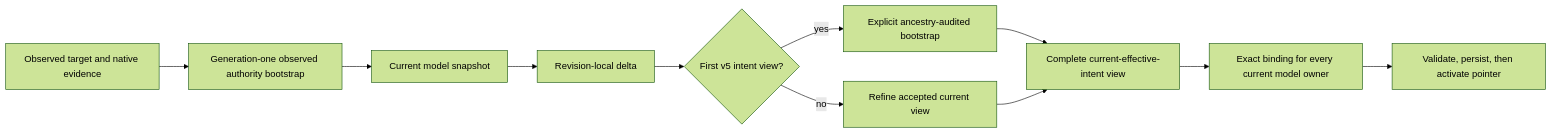
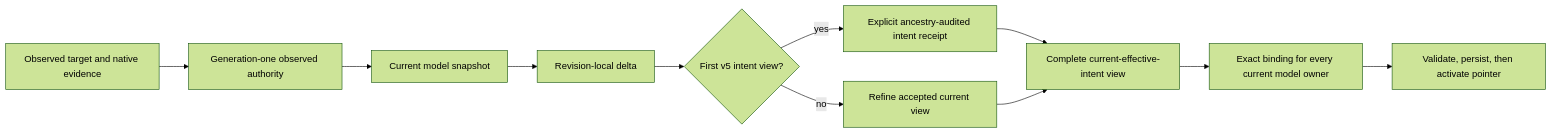
The diagram in docs/product_architecture.md (liuyingxuvka/FlowGuard), drawn with Mermaid (forest theme) before and after one commit. The commit also changed other lines of this file and 265 other files, not shown here.

Commit message:
refactor: compact FlowGuard routes and current read authority

````diff
--- a/docs/product_architecture.md
+++ b/docs/product_architecture.md
@@ -68,13 +68,13 @@
 ```mermaid
 flowchart LR
-    A["Observed target and native evidence"] --> J["Generation-one observed authority bootstrap"]
+    A["Observed target and native evidence"] --> J["Generation-one observed authority"]
     J --> B["Current model snapshot"]
     B --> C["Revision-local delta"]
     C --> D{"First v5 intent view?"}
-    D -->|"yes"| E["Explicit ancestry-audited bootstrap"]
+    D -->|"yes"| E["Explicit ancestry-audited intent receipt"]
     D -->|"no"| F["Refine accepted current view"]
     E --> G["Complete current-effective-intent view"]
     F --> G
     G --> H["Exact binding for every current model owner"]
     H --> I["Validate, persist, then activate pointer"]
 ```
````
